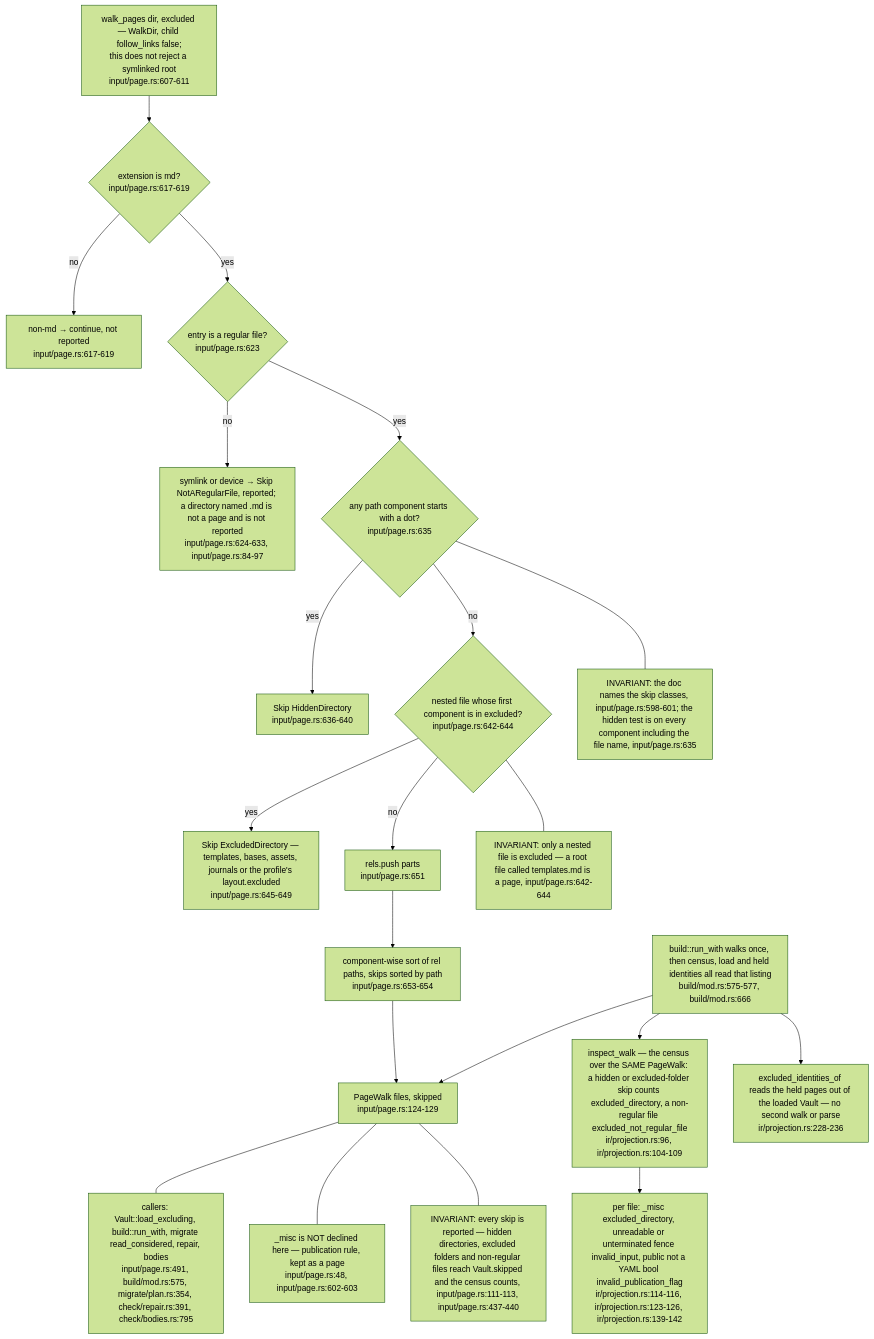
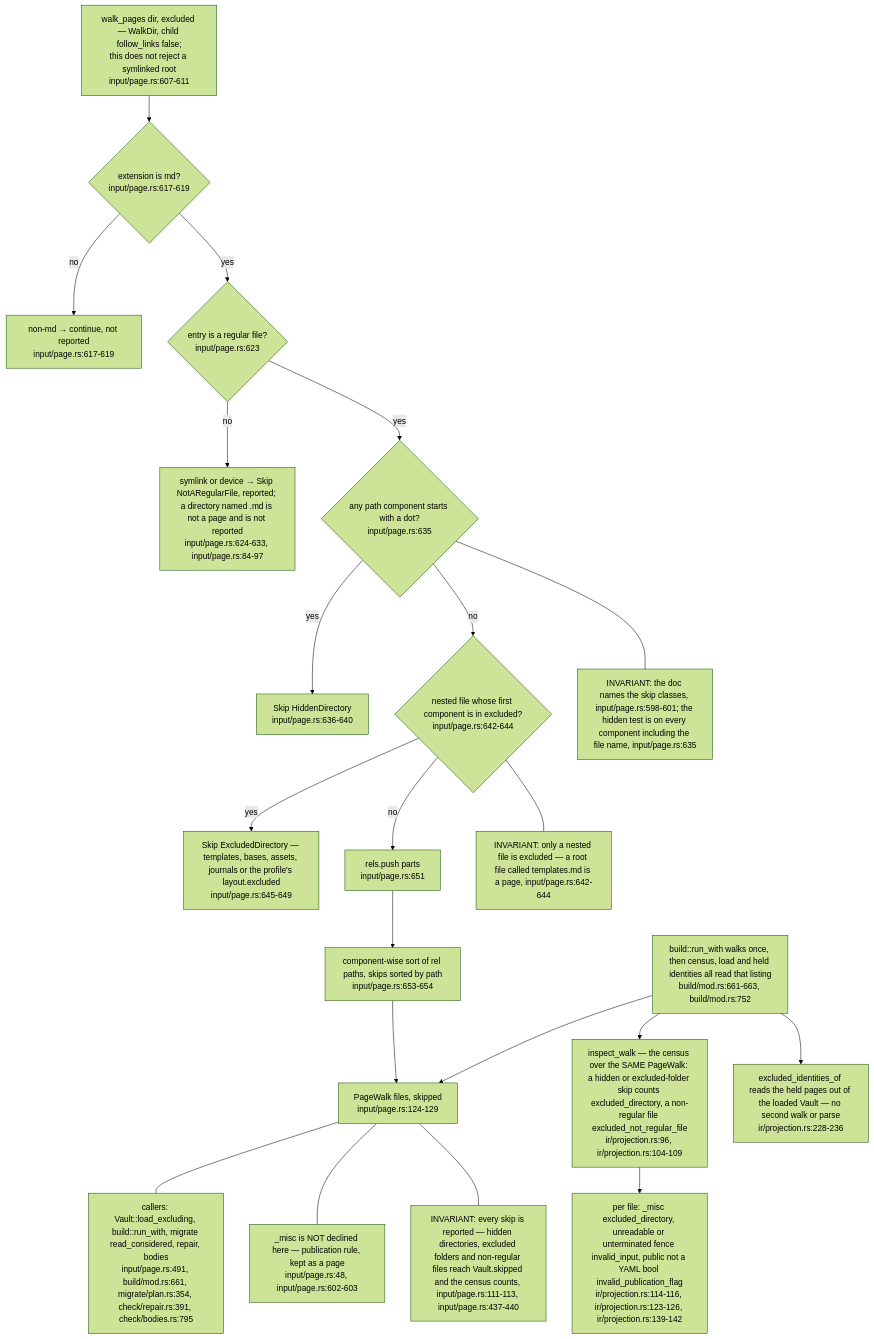
The second of 6 diagrams in docs/diagrams/ontomark/01-input-layer-vault-pages-and-gates.md (DreamLab-AI/VisionFlow), drawn with Mermaid (forest theme) before and after one commit. The commit also changed other lines of this file and 59 other files, not shown here.

First line of the commit message:
docs(diagrams): re-derive and re-stamp forum, website, pod, ontomark and sealmap topics

````diff
--- a/docs/diagrams/ontomark/01-input-layer-vault-pages-and-gates.md
+++ b/docs/diagrams/ontomark/01-input-layer-vault-pages-and-gates.md
@@ -90,42 +90,42 @@
 ```mermaid
 flowchart TD
     W["walk_pages dir, excluded — WalkDir, child follow_links false;<br/>this does not reject a symlinked root<br/>input/page.rs:607-611"]
     ISMD{"extension is md?<br/>input/page.rs:617-619"}
     DROPNONMD["non-md → continue, not reported<br/>input/page.rs:617-619"]
     ISFILE{"entry is a regular file?<br/>input/page.rs:623"}
     DROPSYM["symlink or device → Skip NotARegularFile, reported; a directory named .md is not a page and is not reported<br/>input/page.rs:624-633, input/page.rs:84-97"]
     HIDDEN{"any path component starts with a dot?<br/>input/page.rs:635"}
     SKIP["Skip HiddenDirectory<br/>input/page.rs:636-640"]
     EXCL{"nested file whose first component is in excluded?<br/>input/page.rs:642-644"}
     SKIPX["Skip ExcludedDirectory — templates, bases, assets, journals or the profile's layout.excluded<br/>input/page.rs:645-649"]
     KEEP["rels.push parts<br/>input/page.rs:651"]
     SORT["component-wise sort of rel paths, skips sorted by path<br/>input/page.rs:653-654"]
     OUT["PageWalk files, skipped<br/>input/page.rs:124-129"]
     W --> ISMD
     ISMD -- no --> DROPNONMD
     ISMD -- yes --> ISFILE
     ISFILE -- no --> DROPSYM
     ISFILE -- yes --> HIDDEN
     HIDDEN -- yes --> SKIP
     HIDDEN -- no --> EXCL
     EXCL -- yes --> SKIPX
     EXCL -- no --> KEEP
     KEEP --> SORT --> OUT
     UNPUB["_misc is NOT declined here — publication rule, kept as a page<br/>input/page.rs:48, input/page.rs:602-603"]
-    CALLERS["callers: Vault::load_excluding, build::run_with, migrate read_considered, repair, bodies<br/>input/page.rs:491, build/mod.rs:575, migrate/plan.rs:354, check/repair.rs:391, check/bodies.rs:795"]
+    CALLERS["callers: Vault::load_excluding, build::run_with, migrate read_considered, repair, bodies<br/>input/page.rs:491, build/mod.rs:661, migrate/plan.rs:354, check/repair.rs:391, check/bodies.rs:795"]
     CENSUS["inspect_walk — the census over the SAME PageWalk: a hidden or excluded-folder skip counts excluded_directory, a non-regular file excluded_not_regular_file<br/>ir/projection.rs:96, ir/projection.rs:104-109"]
     CENSUSF["per file: _misc excluded_directory, unreadable or unterminated fence invalid_input, public not a YAML bool invalid_publication_flag<br/>ir/projection.rs:114-116, ir/projection.rs:123-126, ir/projection.rs:139-142"]
     HELD["excluded_identities_of reads the held pages out of the loaded Vault — no second walk or parse<br/>ir/projection.rs:228-236"]
-    RUN["build::run_with walks once, then census, load and held identities all read that listing<br/>build/mod.rs:575-577, build/mod.rs:666"]
+    RUN["build::run_with walks once, then census, load and held identities all read that listing<br/>build/mod.rs:661-663, build/mod.rs:752"]
     OUT --- CALLERS
     OUT --- UNPUB
     RUN --> OUT
     RUN --> CENSUS --> CENSUSF
     RUN --> HELD
     note1["INVARIANT: every skip is reported — hidden directories, excluded folders and non-regular files reach Vault.skipped and the census counts, input/page.rs:111-113, input/page.rs:437-440"]
     note2["INVARIANT: the doc names the skip classes, input/page.rs:598-601; the hidden test is on every component including the file name, input/page.rs:635"]
     note3["INVARIANT: only a nested file is excluded — a root file called templates.md is a page, input/page.rs:642-644"]
     OUT --- note1
     HIDDEN --- note2
     EXCL --- note3
 ```
````
